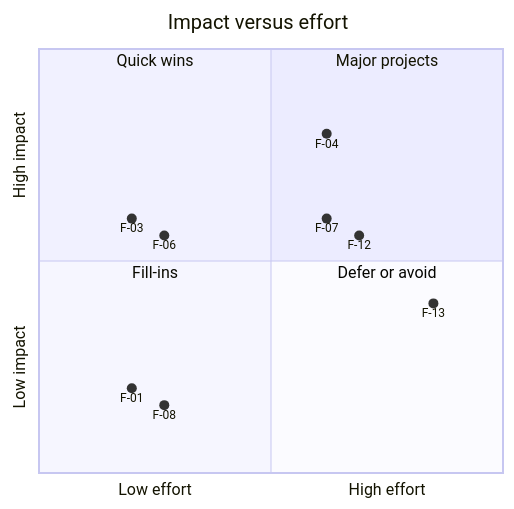
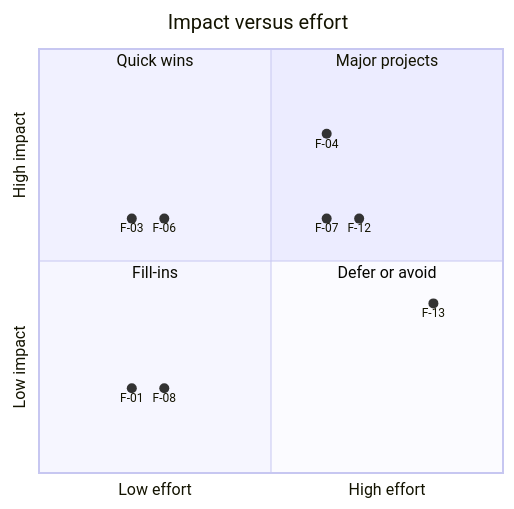
The second of 2 diagrams in sample-deliverable/AUDIT_REPORT_SAMPLE.md (muralikalluri/kafka-payments-perf-lab), drawn with Mermaid before and after one commit. The commit also changed other lines of this file and 6 other files, not shown here.

````diff
--- a/sample-deliverable/AUDIT_REPORT_SAMPLE.md
+++ b/sample-deliverable/AUDIT_REPORT_SAMPLE.md
@@ -196,18 +196,18 @@
 ```mermaid
 quadrantChart
     title Impact versus effort
     x-axis Low effort --> High effort
     y-axis Low impact --> High impact
     quadrant-1 Major projects
     quadrant-2 Quick wins
     quadrant-3 Fill-ins
     quadrant-4 Defer or avoid
     F-01: [0.20, 0.20]
     F-03: [0.20, 0.60]
     F-04: [0.62, 0.80]
-    F-06: [0.27, 0.56]
+    F-06: [0.27, 0.60]
     F-07: [0.62, 0.60]
-    F-08: [0.27, 0.16]
-    F-12: [0.69, 0.56]
+    F-08: [0.27, 0.20]
+    F-12: [0.69, 0.60]
     F-13: [0.85, 0.40]
 ```
````
